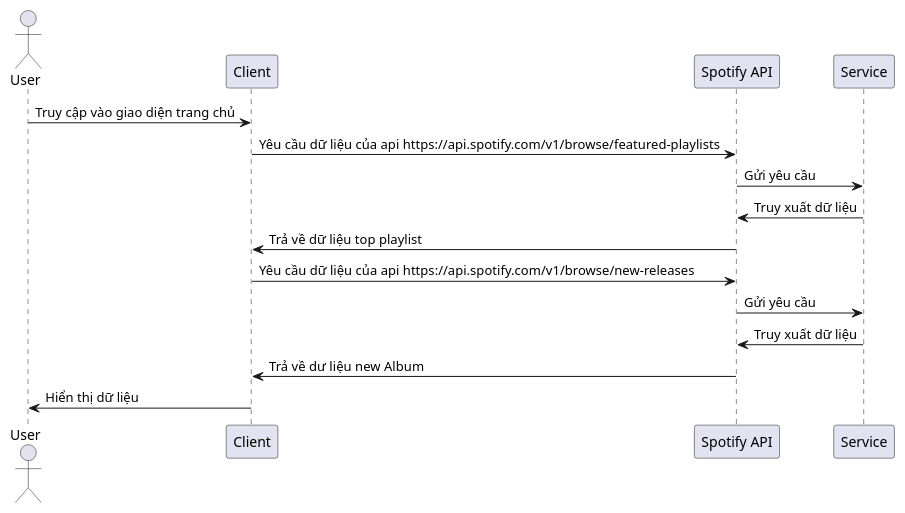
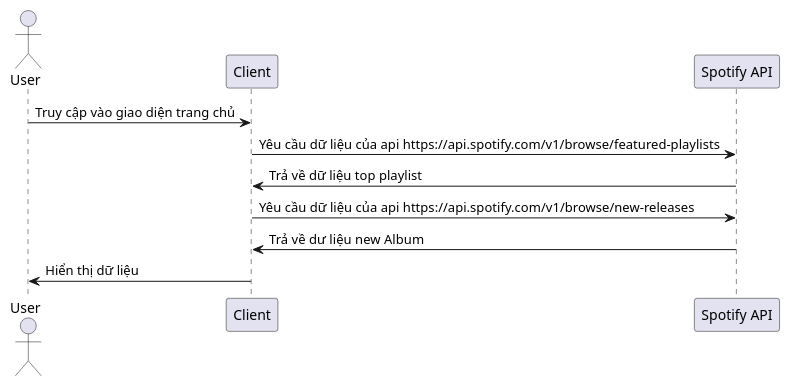
Before and after one commit to VanHuy-2904/Clone-Spotify: the diagram in docs/umls/sequence/home.puml, drawn with PlantUML.

Commit message:
[fix] uml

```diff
--- a/docs/umls/sequence/home.puml
+++ b/docs/umls/sequence/home.puml
@@ -1,19 +1,19 @@
 @startuml
 actor User
 participant "Client" as Client
 participant "Spotify API" as Spotify
-participant "Service" as Service
+
 
 
 User -> Client: Truy cập vào giao diện trang chủ
 Client -> Spotify: Yêu cầu dữ liệu của api https://api.spotify.com/v1/browse/featured-playlists
-Spotify -> Service: Gửi yêu cầu 
-Service -> Spotify: Truy xuất dữ liệu
+
+
 Spotify -> Client: Trả về dữ liệu top playlist
 Client -> Spotify: Yêu cầu dữ liệu của api https://api.spotify.com/v1/browse/new-releases
-Spotify -> Service: Gửi yêu cầu
-Service -> Spotify: Truy xuất dữ liệu
+
+
 Spotify -> Client: Trả về dư liệu new Album 
 Client -> User: Hiển thị dữ liệu
 
 @enduml
```
